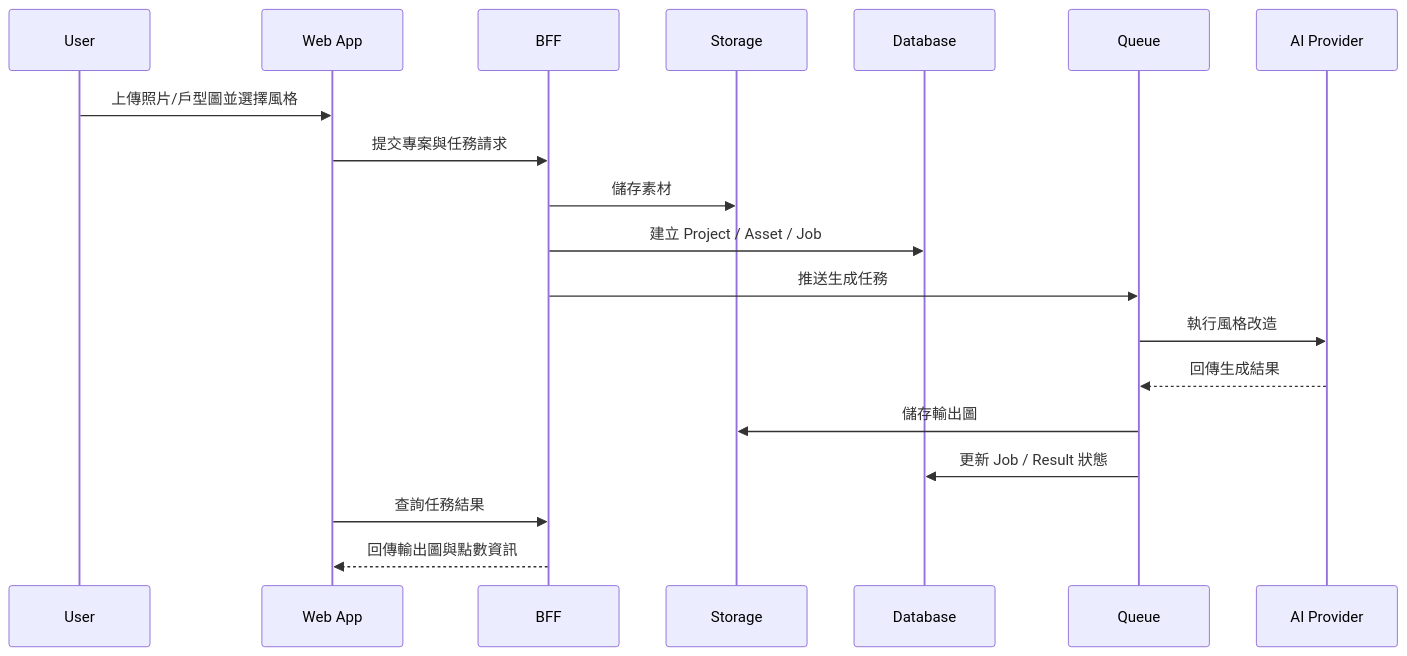
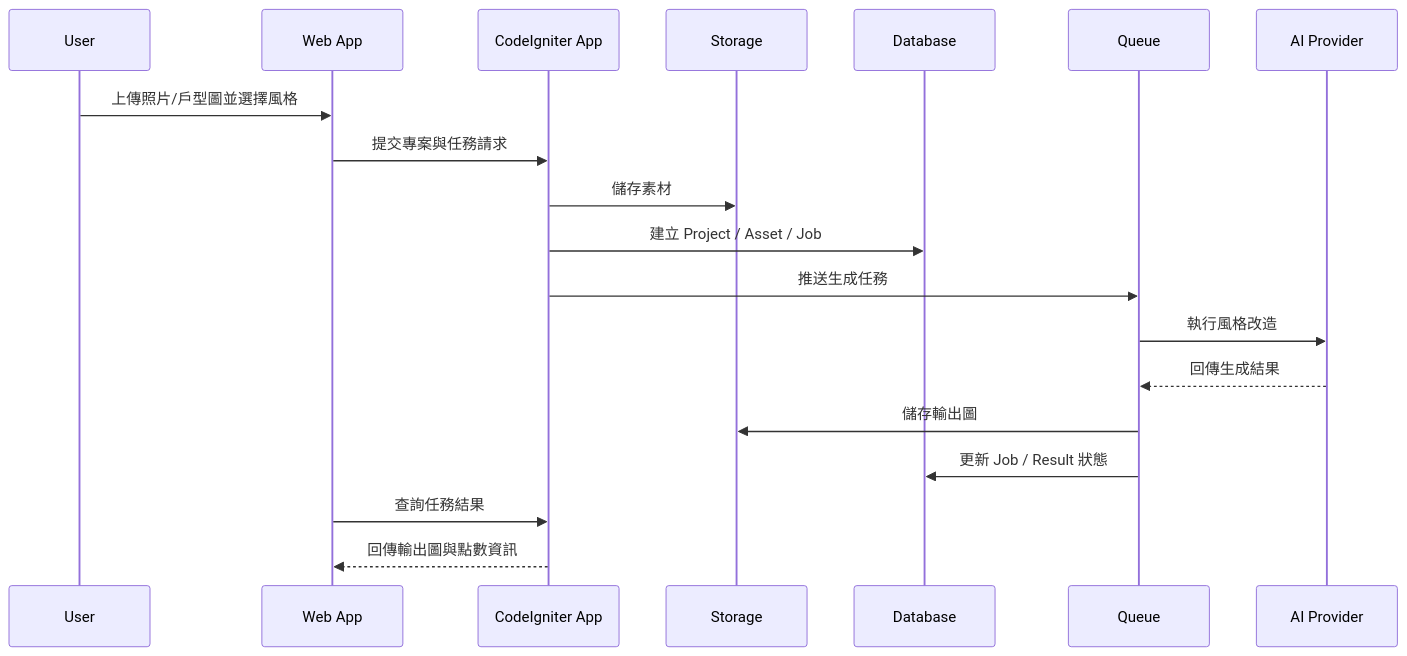
The third of 4 diagrams in docs/ai-interior-saas/DESIGN_ai-interior-saas.md (mrfongorg/fit-renov), drawn with Mermaid before and after one commit. The commit also changed other lines of this file and 3 other files, not shown here.

````diff
--- a/docs/ai-interior-saas/DESIGN_ai-interior-saas.md
+++ b/docs/ai-interior-saas/DESIGN_ai-interior-saas.md
@@ -89,22 +90,22 @@
 ```mermaid
 sequenceDiagram
     participant U as User
     participant W as Web App
-    participant B as BFF
+    participant B as CodeIgniter App
     participant S as Storage
     participant DB as Database
     participant Q as Queue
     participant AI as AI Provider
 
     U->>W: 上傳照片/戶型圖並選擇風格
     W->>B: 提交專案與任務請求
     B->>S: 儲存素材
     B->>DB: 建立 Project / Asset / Job
     B->>Q: 推送生成任務
     Q->>AI: 執行風格改造
     AI-->>Q: 回傳生成結果
     Q->>S: 儲存輸出圖
     Q->>DB: 更新 Job / Result 狀態
     W->>B: 查詢任務結果
     B-->>W: 回傳輸出圖與點數資訊
 ```
````
